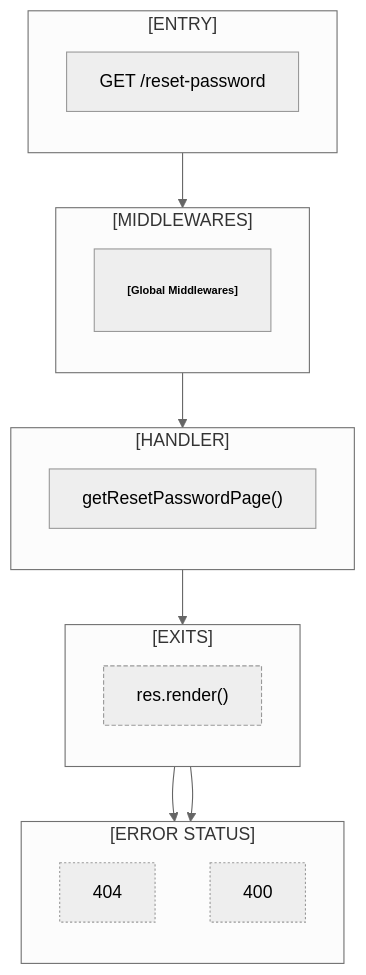
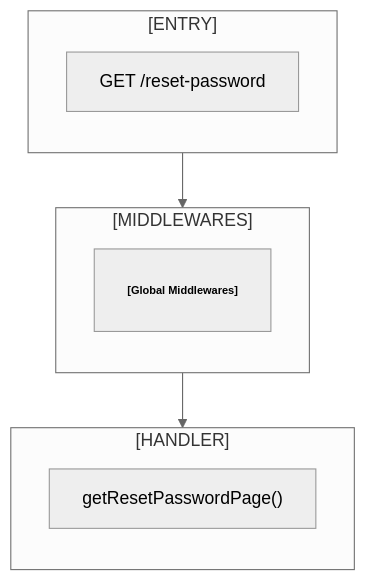
Before and after one commit to irondenker/my-code-my-kill: the diagram in docs/flowmap/flows/GET__reset_password.mmd, drawn with Mermaid (neutral theme). The commit also changed 11 other files, not shown here.

```diff
--- a/docs/flowmap/flows/GET__reset_password.mmd
+++ b/docs/flowmap/flows/GET__reset_password.mmd
@@ -1,34 +1,20 @@
 flowchart TD
 subgraph ENTRY_BLOCK["[ENTRY]"]
 direction TB
 ENTRY["GET /reset-password"]
 end
 subgraph MIDDLEWARES["[MIDDLEWARES]"]
 direction TB
 MIDDLEWARE1["<b>[Global Middlewares]</b>"]
 end
 ENTRY --> MIDDLEWARE1
 subgraph HANDLER_BLOCK["[HANDLER]"]
 direction TB
 HANDLER["getResetPasswordPage()"]
 end
 MIDDLEWARE1 --> HANDLER
-subgraph ERROR_STATUS["[ERROR STATUS]"]
-direction TB
-RDIAG1["404"]
-RDIAG2["400"]
-end
-subgraph EXITS["[EXITS]"]
-direction TB
-EXIT1["res.render()"]
-end
-HANDLER --> EXIT1
-EXIT1 --> RDIAG1
-EXIT1 --> RDIAG2
 classDef middleware font-size:10px,padding:2px,stroke-width:1;
 classDef diagnostics stroke-dasharray: 2 2;
 classDef sink stroke-width:2;
 classDef exit stroke-dasharray: 4 2;
 class MIDDLEWARE1 middleware;
-class RDIAG1,RDIAG2 diagnostics;
-class EXIT1 exit;
```
